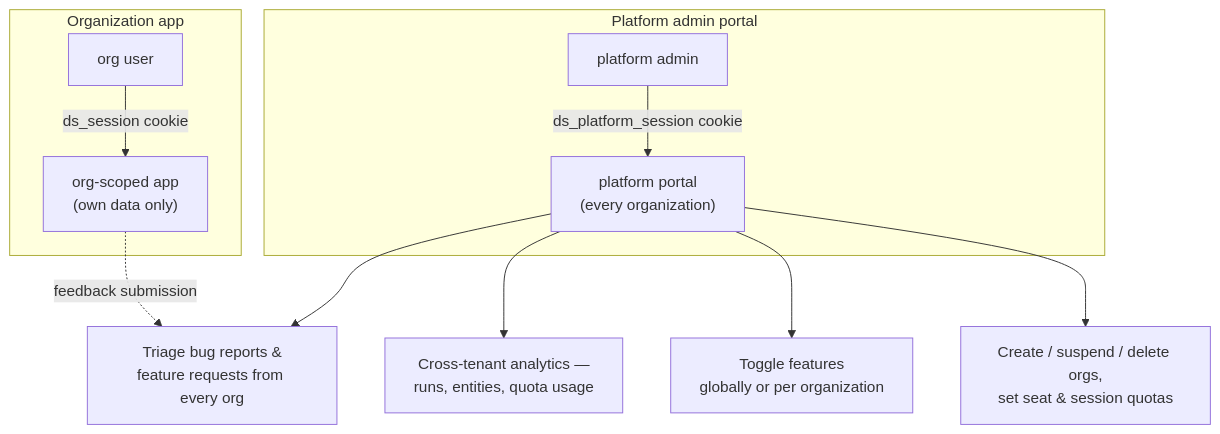
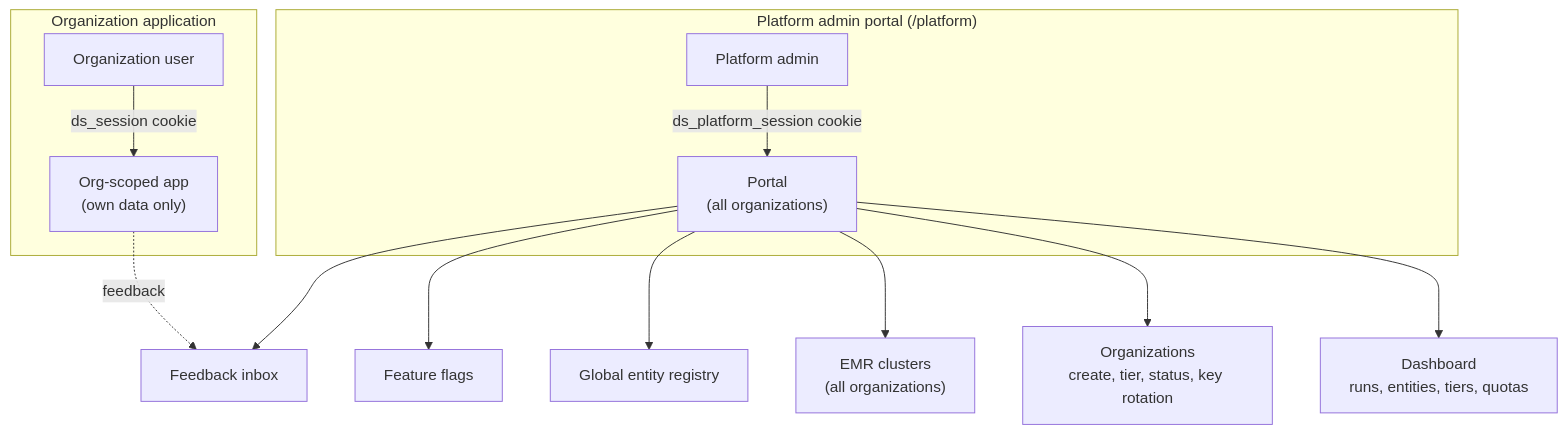
One commit to DataShield-sp18/data-shield-docs changed the first of 3 diagrams in docs/features/platform-admin-portal.md. Above: the diagram before and after it, drawn with Mermaid. The commit also changed other lines of this file and 8 other files, not shown here.

Commit message:
docs(features): add tiers, EDI parser, EMR compute

````diff
--- a/docs/features/platform-admin-portal.md
+++ b/docs/features/platform-admin-portal.md
@@ -10,14 +5,16 @@
 ```mermaid
 flowchart TD
-    subgraph Org["Organization app"]
-        OrgUser["org user"] -->|"ds_session cookie"| OrgApp["org-scoped app<br/>(own data only)"]
+    subgraph Org["Organization application"]
+        OrgUser["Organization user"] -->|"ds_session cookie"| OrgApp["Org-scoped app<br/>(own data only)"]
     end
-    subgraph Platform["Platform admin portal"]
-        Admin["platform admin"] -->|"ds_platform_session cookie"| Portal["platform portal<br/>(every organization)"]
+    subgraph Platform["Platform admin portal (/platform)"]
+        Admin["Platform admin"] -->|"ds_platform_session cookie"| Portal["Portal<br/>(all organizations)"]
     end
-    Portal --> Orgs["Create / suspend / delete orgs,<br/>set seat & session quotas"]
-    Portal --> Flags["Toggle features<br/>globally or per organization"]
-    Portal --> Dash["Cross-tenant analytics —<br/>runs, entities, quota usage"]
-    Portal --> Feedback["Triage bug reports &<br/>feature requests from every org"]
-    OrgApp -.->|"feedback submission"| Feedback
+    Portal --> Dash["Dashboard<br/>runs, entities, tiers, quotas"]
+    Portal --> Orgs["Organizations<br/>create, tier, status, key rotation"]
+    Portal --> EMR["EMR clusters<br/>(all organizations)"]
+    Portal --> Ent["Global entity registry"]
+    Portal --> Flags["Feature flags"]
+    Portal --> FB["Feedback inbox"]
+    OrgApp -.->|"feedback"| FB
 ```
````
